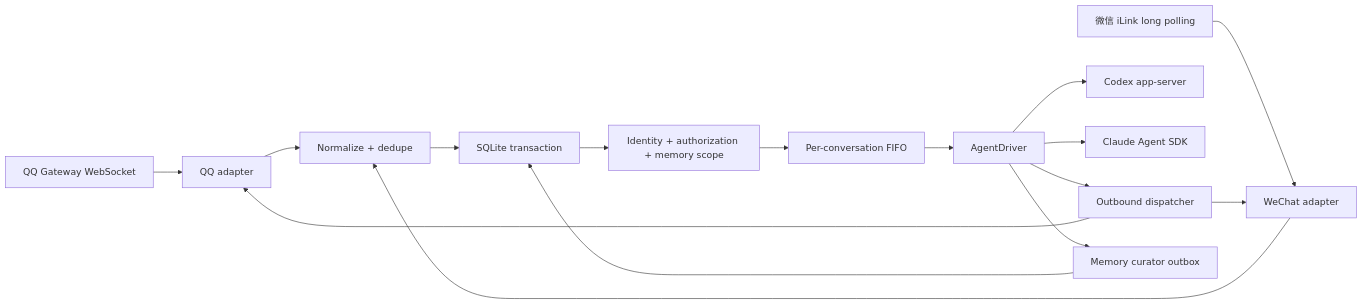
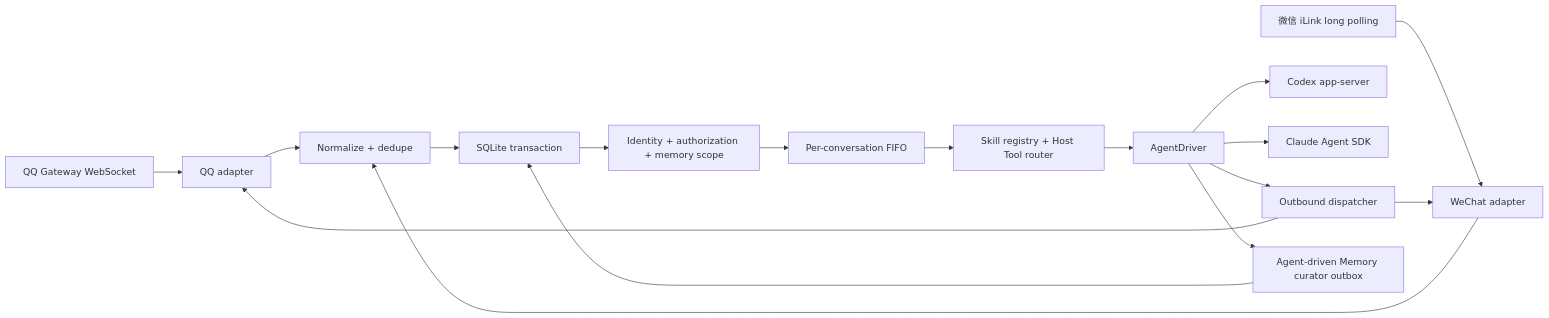
The diagram in docs/imgent-product-design.md (Morilence/IMGent), drawn with Mermaid before and after one commit. The commit also changed other lines of this file and 32 other files, not shown here.

Commit message:
feat: add hosted skills and agent-driven memory

````diff
--- a/docs/imgent-product-design.md
+++ b/docs/imgent-product-design.md
@@ -333,18 +344,19 @@
 ```mermaid
 flowchart LR
     QQ["QQ Gateway WebSocket"] --> QA["QQ adapter"]
     WX["微信 iLink long polling"] --> WA["WeChat adapter"]
     QA --> N["Normalize + dedupe"]
     WA --> N
     N --> DB["SQLite transaction"]
     DB --> P["Identity + authorization + memory scope"]
     P --> Q["Per-conversation FIFO"]
-    Q --> D["AgentDriver"]
+    Q --> H["Skill registry + Host Tool router"]
+    H --> D["AgentDriver"]
     D --> CX["Codex app-server"]
     D --> CL["Claude Agent SDK"]
     D --> O["Outbound dispatcher"]
     O --> QA
     O --> WA
-    D --> M["Memory curator outbox"]
+    D --> M["Agent-driven Memory curator outbox"]
     M --> DB
 ```
````
